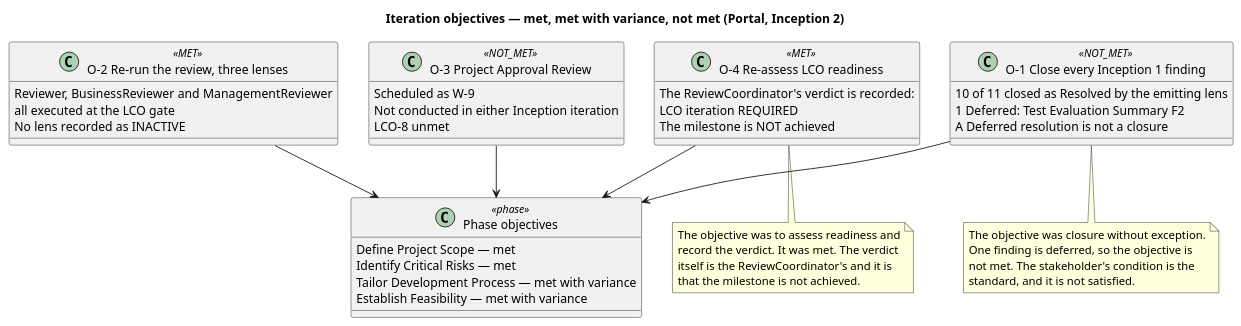
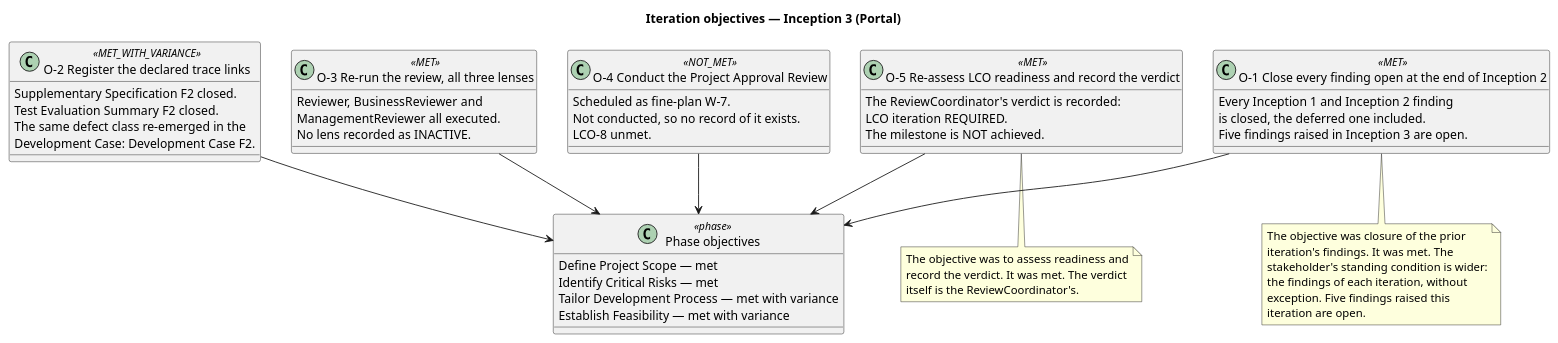
Before and after one commit to banense-test/portal: the first of 5 diagrams in docs/artifacts/project-management/iteration-assessment.md, drawn with PlantUML. The commit also changed other lines of this file, not shown here.

First line of the commit message:
Project Manager [I3]: upsert Iteration Assessment

````diff
--- a/docs/artifacts/project-management/iteration-assessment.md
+++ b/docs/artifacts/project-management/iteration-assessment.md
@@ -18,57 +20,66 @@
 ```plantuml
 @startuml
-title Iteration objectives — met, met with variance, not met (Portal, Inception 2)
+title Iteration objectives — Inception 3 (Portal)
 
 skinparam classAttributeIconSize 0
 
-class "O-1 Close every Inception 1 finding" as O1 <<NOT_MET>> {
-  10 of 11 closed as Resolved by the emitting lens
-  1 Deferred: Test Evaluation Summary F2
-  A Deferred resolution is not a closure
+class "O-1 Close every finding open at the end of Inception 2" as O1 <<MET>> {
+  Every Inception 1 and Inception 2 finding
+  is closed, the deferred one included.
+  Five findings raised in Inception 3 are open.
 }
 
-class "O-2 Re-run the review, three lenses" as O2 <<MET>> {
-  Reviewer, BusinessReviewer and ManagementReviewer
-  all executed at the LCO gate
-  No lens recorded as INACTIVE
+class "O-2 Register the declared trace links" as O2 <<MET_WITH_VARIANCE>> {
+  Supplementary Specification F2 closed.
+  Test Evaluation Summary F2 closed.
+  The same defect class re-emerged in the
+  Development Case: Development Case F2.
 }
 
-class "O-3 Project Approval Review" as O3 <<NOT_MET>> {
-  Scheduled as W-9
-  Not conducted in either Inception iteration
-  LCO-8 unmet
+class "O-3 Re-run the review, all three lenses" as O3 <<MET>> {
+  Reviewer, BusinessReviewer and
+  ManagementReviewer all executed.
+  No lens recorded as INACTIVE.
 }
 
-class "O-4 Re-assess LCO readiness" as O4 <<MET>> {
+class "O-4 Conduct the Project Approval Review" as O4 <<NOT_MET>> {
+  Scheduled as fine-plan W-7.
+  Not conducted, so no record of it exists.
+  LCO-8 unmet.
+}
+
+class "O-5 Re-assess LCO readiness and record the verdict" as O5 <<MET>> {
   The ReviewCoordinator's verdict is recorded:
-  LCO iteration REQUIRED
-  The milestone is NOT achieved
+  LCO iteration REQUIRED.
+  The milestone is NOT achieved.
 }
 
 class "Phase objectives" as PH <<phase>> {
   Define Project Scope — met
   Identify Critical Risks — met
   Tailor Development Process — met with variance
   Establish Feasibility — met with variance
 }
 
 O1 --> PH
 O2 --> PH
 O3 --> PH
 O4 --> PH
+O5 --> PH
 
 note bottom of O1
-  The objective was closure without exception.
-  One finding is deferred, so the objective is
-  not met. The stakeholder's condition is the
-  standard, and it is not satisfied.
+  The objective was closure of the prior
+  iteration's findings. It was met. The
+  stakeholder's standing condition is wider:
+  the findings of each iteration, without
+  exception. Five findings raised this
+  iteration are open.
 end note
 
-note bottom of O4
+note bottom of O5
   The objective was to assess readiness and
   record the verdict. It was met. The verdict
-  itself is the ReviewCoordinator's and it is
-  that the milestone is not achieved.
+  itself is the ReviewCoordinator's.
 end note
 @enduml
 ```
````
